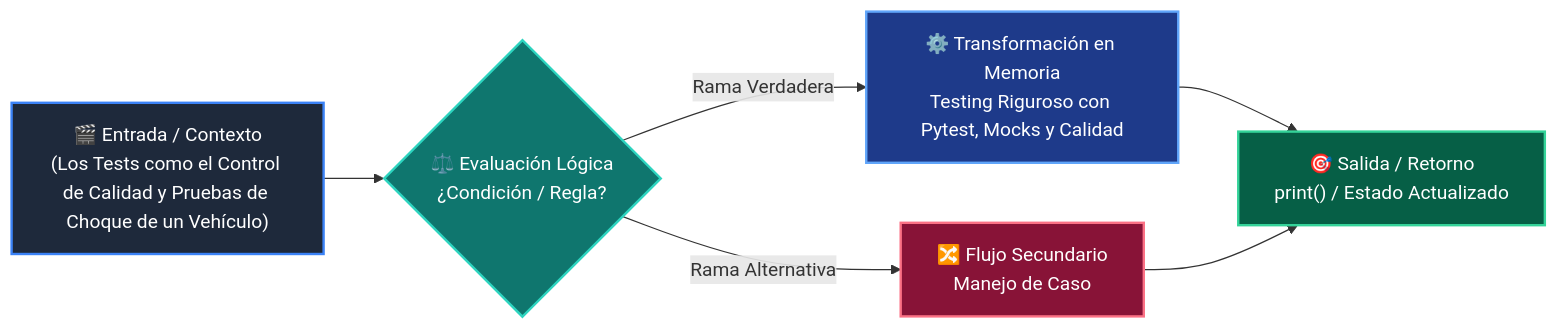
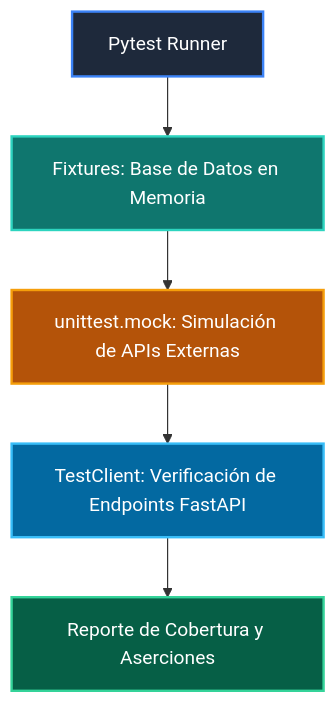
The diagram in 04-proyecto-final/clase-06-testing-y-calidad/README.md (wisrovi/wisrovi-python), drawn with Mermaid before and after one commit. The commit also changed other lines of this file and 271 other files, not shown here.

Commit message:
docs: rewrite all README.md files with bespoke topic-specific Mermaid diagrams and remove repetitive boilerplate

````diff
--- a/04-proyecto-final/clase-06-testing-y-calidad/README.md
+++ b/04-proyecto-final/clase-06-testing-y-calidad/README.md
@@ -35,14 +12,13 @@
 ```mermaid
-flowchart LR
-    A["🎬 Entrada / Contexto<br/>(Los Tests como el Control de Calidad y Pruebas de Choque de un Vehículo)"] --> B{"⚖️ Evaluación Lógica<br/>¿Condición / Regla?"}
-    B -->|Rama Verdadera| C["⚙️ Transformación en Memoria<br/>Testing Riguroso con Pytest, Mocks y Calidad"]
-    B -->|Rama Alternativa| D["🔀 Flujo Secundario<br/>Manejo de Caso"]
-    C --> E["🎯 Salida / Retorno<br/>print() / Estado Actualizado"]
-    D --> E
+flowchart TD
+    PYT["Pytest Runner"] --> FIX["Fixtures: Base de Datos en Memoria"]
+    FIX --> MCK["unittest.mock: Simulación de APIs Externas"]
+    MCK --> TCLI["TestClient: Verificación de Endpoints FastAPI"]
+    TCLI --> REP["Reporte de Cobertura y Aserciones"]
 
-    style A fill:#1e293b,color:#ffffff,stroke:#3b82f6,stroke-width:2px
-    style B fill:#0f766e,color:#ffffff,stroke:#2dd4bf,stroke-width:2px
-    style C fill:#1e3a8a,color:#ffffff,stroke:#60a5fa,stroke-width:2px
-    style D fill:#881337,color:#ffffff,stroke:#fb7185,stroke-width:2px
-    style E fill:#065f46,color:#ffffff,stroke:#34d399,stroke-width:2px
+    style PYT fill:#1e293b,color:#fff,stroke:#3b82f6,stroke-width:2px
+    style FIX fill:#0f766e,color:#fff,stroke:#2dd4bf,stroke-width:2px
+    style MCK fill:#b45309,color:#fff,stroke:#f59e0b,stroke-width:2px
+    style TCLI fill:#0369a1,color:#fff,stroke:#38bdf8,stroke-width:2px
+    style REP fill:#065f46,color:#fff,stroke:#34d399,stroke-width:2px
 ```
````
